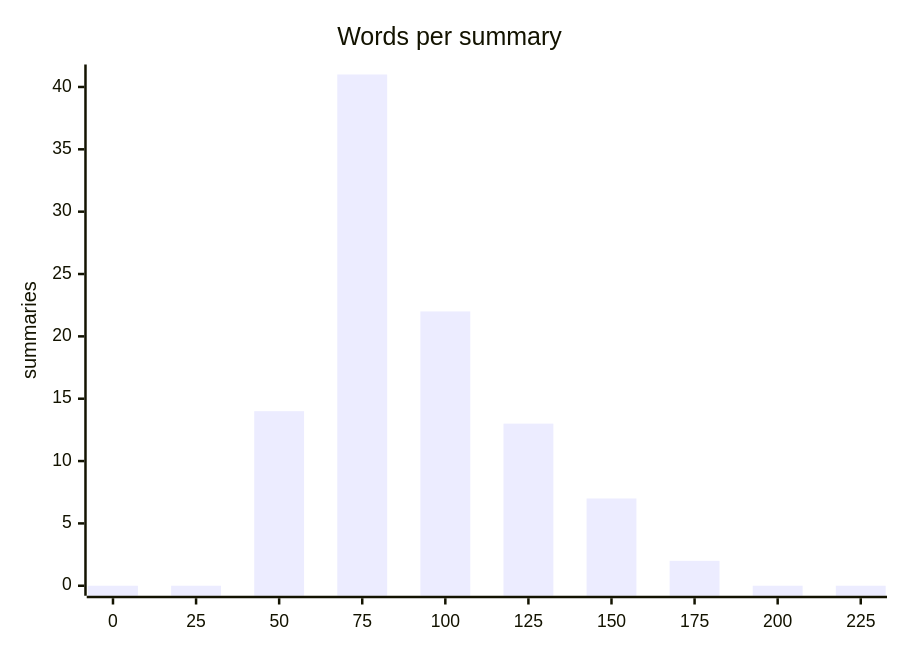
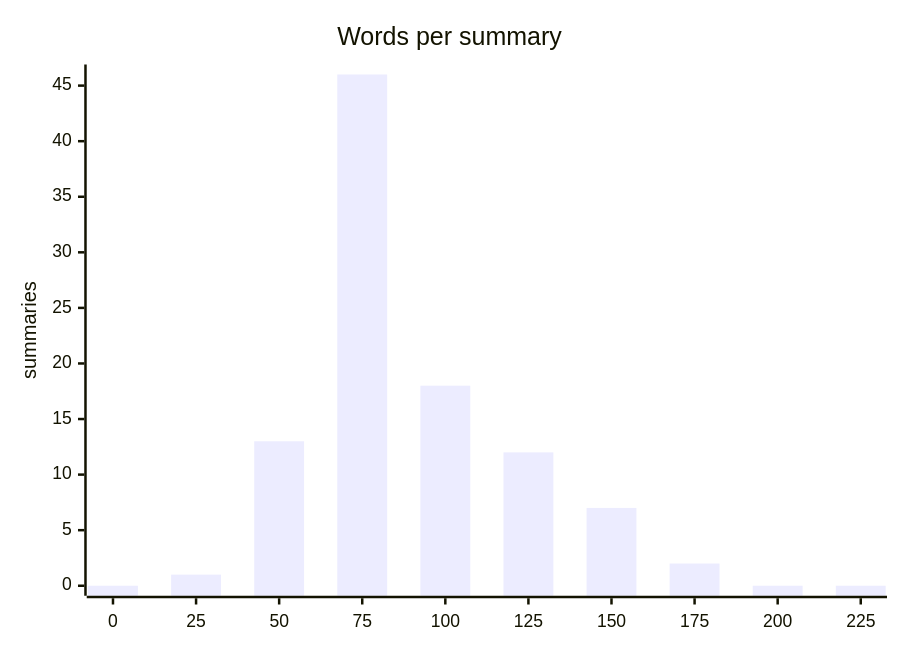
The second of 2 diagrams in docs/BENCHMARKS_summary-event.md (MISP/ai-connector), drawn with Mermaid before and after one commit. The commit also changed other lines of this file and 22 other files, not shown here.

````diff
--- a/docs/BENCHMARKS_summary-event.md
+++ b/docs/BENCHMARKS_summary-event.md
@@ -29,7 +29,7 @@
 ```mermaid
 xychart-beta
   title "Words per summary"
   x-axis ["0", "25", "50", "75", "100", "125", "150", "175", "200", "225"]
-  y-axis "summaries" 0 --> 41
-  bar [0, 0, 14, 41, 22, 13, 7, 2, 0, 0]
+  y-axis "summaries" 0 --> 46
+  bar [0, 1, 13, 46, 18, 12, 7, 2, 0, 0]
 ```
````
